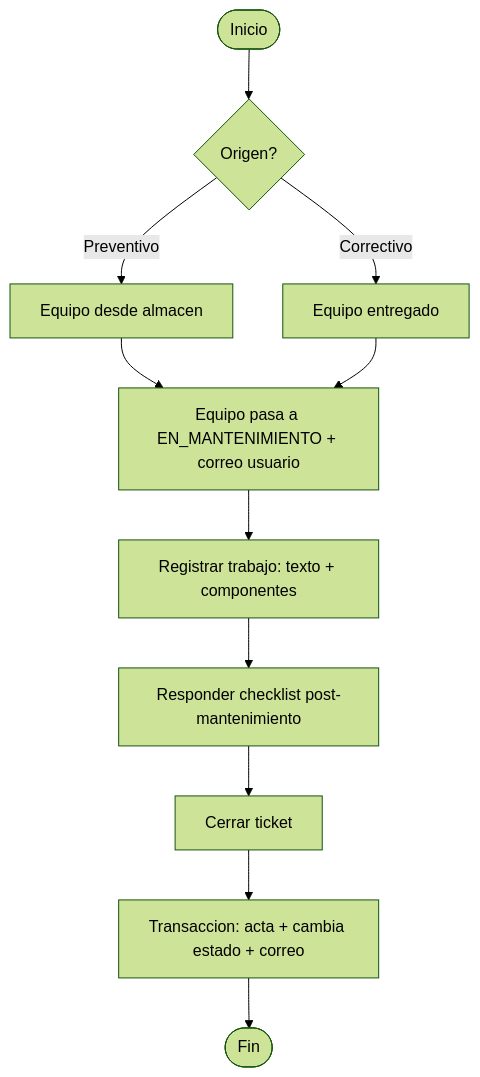
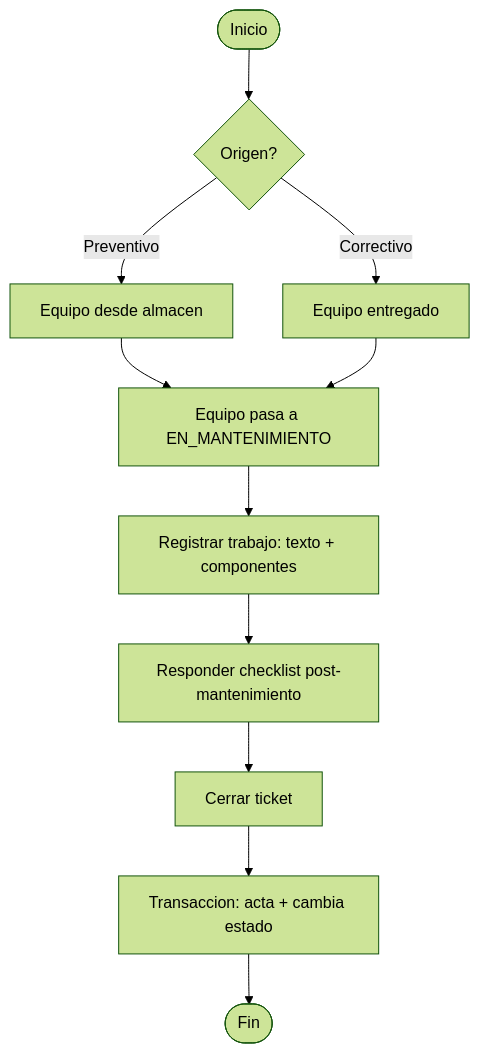
Before and after one commit to Kaito740/EquipManager: the second of 5 diagrams in docs/architecture.md, drawn with Mermaid (forest theme). The commit also changed other lines of this file and 5 other files, not shown here.

````diff
--- a/docs/architecture.md
+++ b/docs/architecture.md
@@ -32,13 +32,13 @@
 ```mermaid
 flowchart TD
     A([Inicio]) --> B{Origen?}
     B -->|Preventivo| C[Equipo desde almacen]
     B -->|Correctivo| D[Equipo entregado]
-    C --> E[Equipo pasa a EN_MANTENIMIENTO + correo usuario]
+    C --> E[Equipo pasa a EN_MANTENIMIENTO]
     D --> E
     E --> F[Registrar trabajo: texto + componentes]
     F --> G[Responder checklist post-mantenimiento]
     G --> H[Cerrar ticket]
-    H --> I[Transaccion: acta + cambia estado + correo]
+    H --> I[Transaccion: acta + cambia estado]
     I --> J([Fin])
 ```
````
